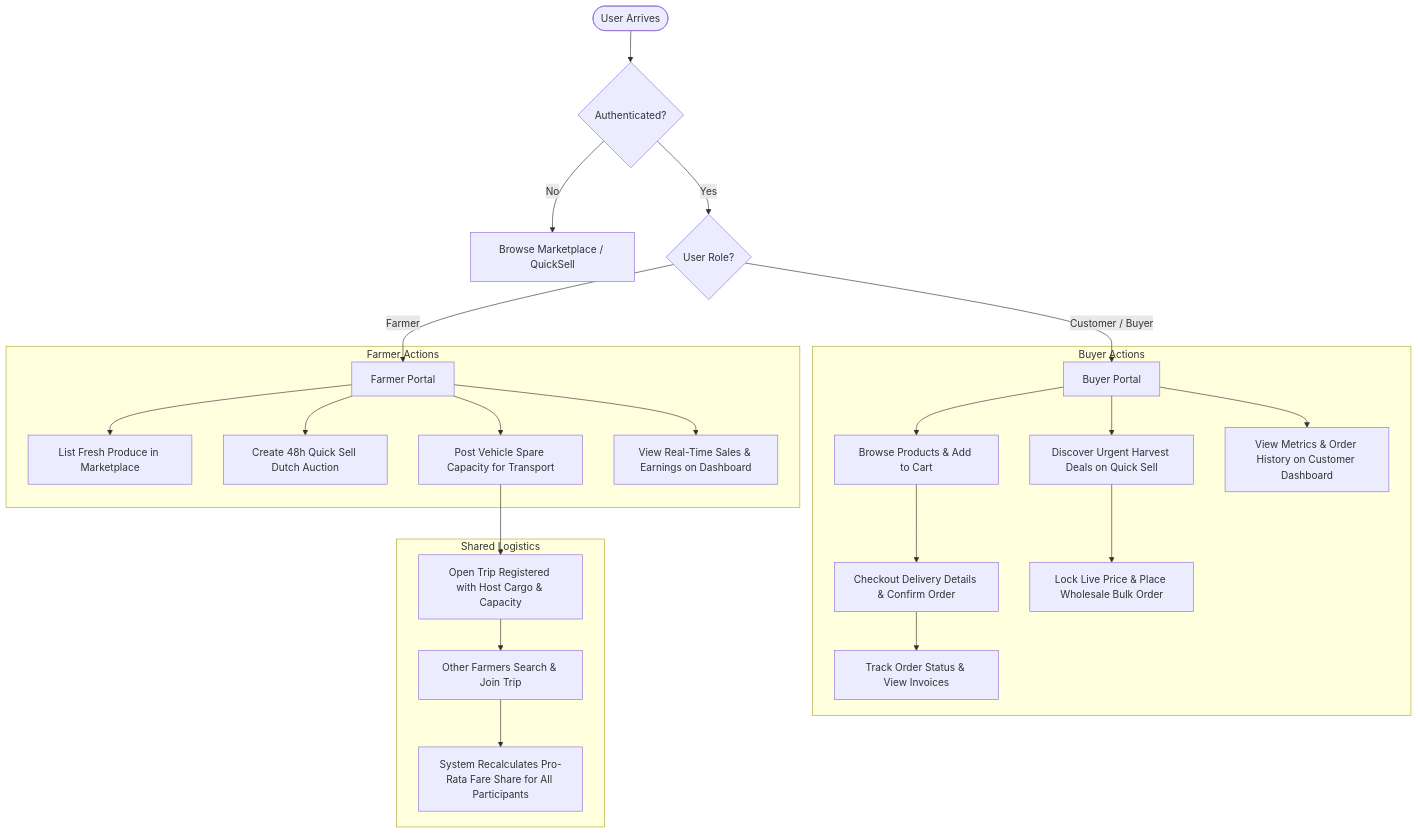
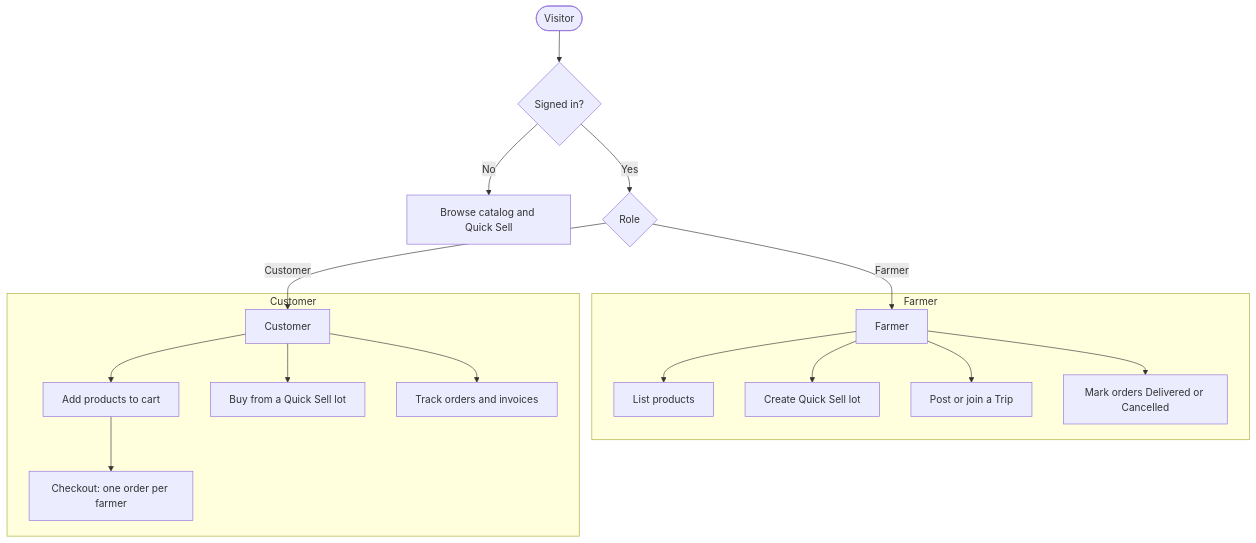
Before and after one commit to aaravv28/FarmGrid: the first of 2 diagrams in README.md, drawn with Mermaid. The commit also changed other lines of this file, not shown here.

````diff
--- a/README.md
+++ b/README.md
@@ -67,31 +77,23 @@
 ```mermaid
 flowchart TD
-    Start([User Arrives]) --> Auth{Authenticated?}
-    Auth -- No --> Browse[Browse Marketplace / QuickSell]
-    Auth -- Yes --> RoleCheck{User Role?}
+    Start([Visitor]) --> Auth{Signed in?}
+    Auth -- No --> Browse[Browse catalog and Quick Sell]
+    Auth -- Yes --> Role{Role}
 
-    RoleCheck -- Farmer --> FarmerFlow[Farmer Portal]
-    RoleCheck -- Customer / Buyer --> BuyerFlow[Buyer Portal]
+    Role -- Farmer --> F[Farmer]
+    Role -- Customer --> C[Customer]
 
-    subgraph Farmer Actions
-        FarmerFlow --> F1[List Fresh Produce in Marketplace]
-        FarmerFlow --> F2[Create 48h Quick Sell Dutch Auction]
-        FarmerFlow --> F3[Post Vehicle Spare Capacity for Transport]
-        FarmerFlow --> F4[View Real-Time Sales & Earnings on Dashboard]
+    subgraph Farmer
+        F --> F1[List products]
+        F --> F2[Create Quick Sell lot]
+        F --> F3[Post or join a Trip]
+        F --> F4[Mark orders Delivered or Cancelled]
     end
 
-    subgraph Buyer Actions
-        BuyerFlow --> B1[Browse Products & Add to Cart]
-        B1 --> B2[Checkout Delivery Details & Confirm Order]
-        B2 --> B3[Track Order Status & View Invoices]
-        BuyerFlow --> B4[Discover Urgent Harvest Deals on Quick Sell]
-        B4 --> B5[Lock Live Price & Place Wholesale Bulk Order]
-        BuyerFlow --> B6[View Metrics & Order History on Customer Dashboard]
-    end
-
-    subgraph Shared Logistics
-        F3 --> T1[Open Trip Registered with Host Cargo & Capacity]
-        T1 --> T2[Other Farmers Search & Join Trip]
-        T2 --> T3[System Recalculates Pro-Rata Fare Share for All Participants]
+    subgraph Customer
+        C --> C1[Add products to cart]
+        C1 --> C2[Checkout: one order per farmer]
+        C --> C3[Buy from a Quick Sell lot]
+        C --> C4[Track orders and invoices]
     end
 ```
````
